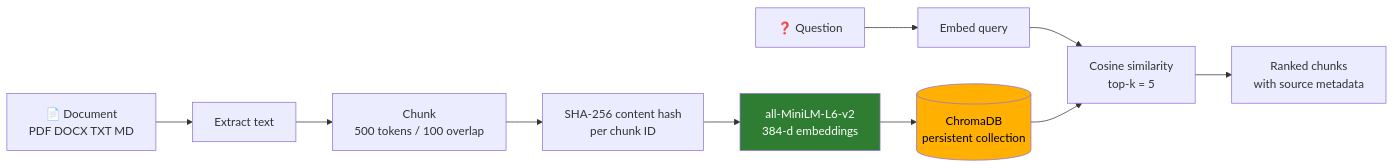
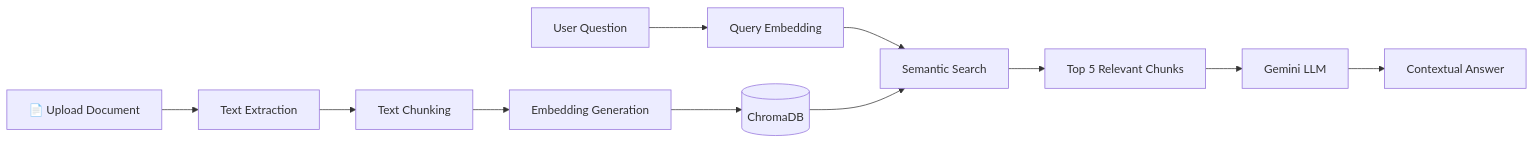
One commit to AkhilReddySankati/Multimodal-AI-Personal-Assistant changed the second of 3 diagrams in README.md. Above: the diagram before and after it, drawn with Mermaid. The commit also changed other lines of this file, not shown here.

````diff
--- a/README.md
+++ b/README.md
@@ -226,16 +122,14 @@
 ```mermaid
 flowchart LR
-    Doc["📄 Document<br/>PDF DOCX TXT MD"] --> Extract["Extract text"]
-    Extract --> Chunk["Chunk<br/>500 tokens / 100 overlap"]
-    Chunk --> Hash["SHA-256 content hash<br/>per chunk ID"]
-    Hash --> Embed["all-MiniLM-L6-v2<br/>384-d embeddings"]
-    Embed --> Store[("ChromaDB<br/>persistent collection")]
-
-    Query["❓ Question"] --> QEmbed["Embed query"]
-    QEmbed --> Search["Cosine similarity<br/>top-k = 5"]
-    Store --> Search
-    Search --> Context["Ranked chunks<br/>with source metadata"]
-
-    style Store fill:#FFB000,color:#000
-    style Embed fill:#2e7d32,color:#fff
+    A["📄 Upload Document"] --> B["Text Extraction"]
+    B --> C["Text Chunking"]
+    C --> D["Embedding Generation"]
+    D --> E[("ChromaDB")]
+    
+    F["User Question"] --> G["Query Embedding"]
+    G --> H["Semantic Search"]
+    E --> H
+    H --> I["Top 5 Relevant Chunks"]
+    I --> J["Gemini LLM"]
+    J --> K["Contextual Answer"]
 ```
````
